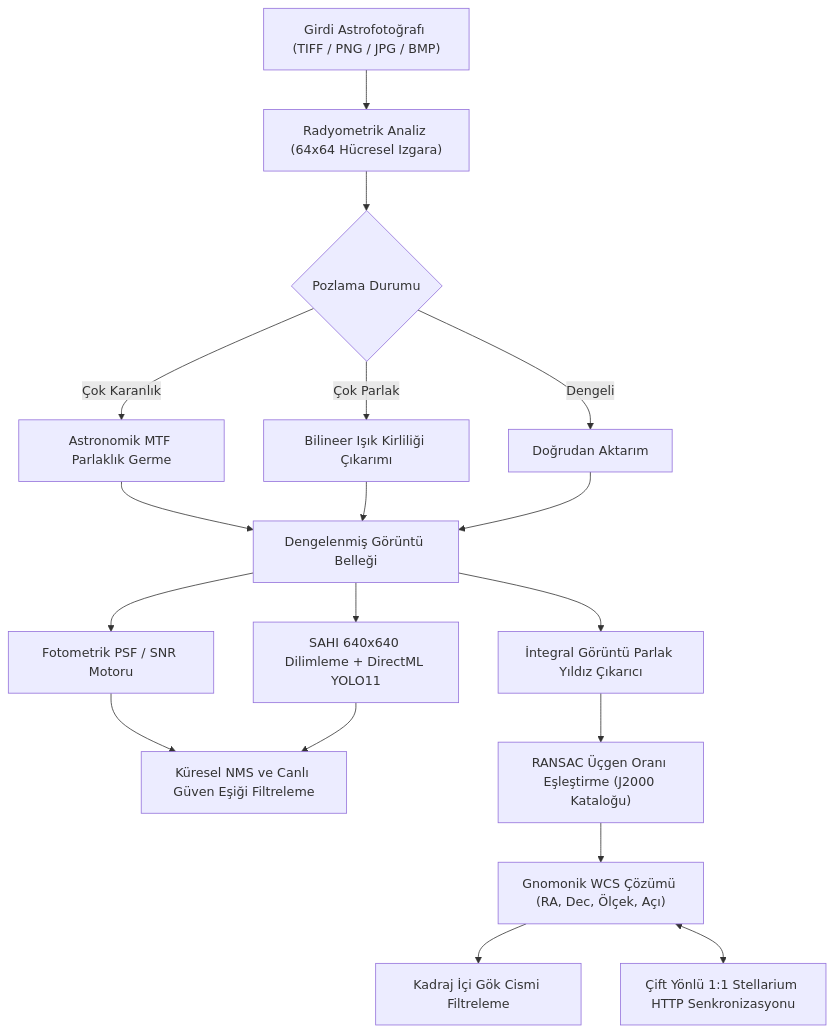
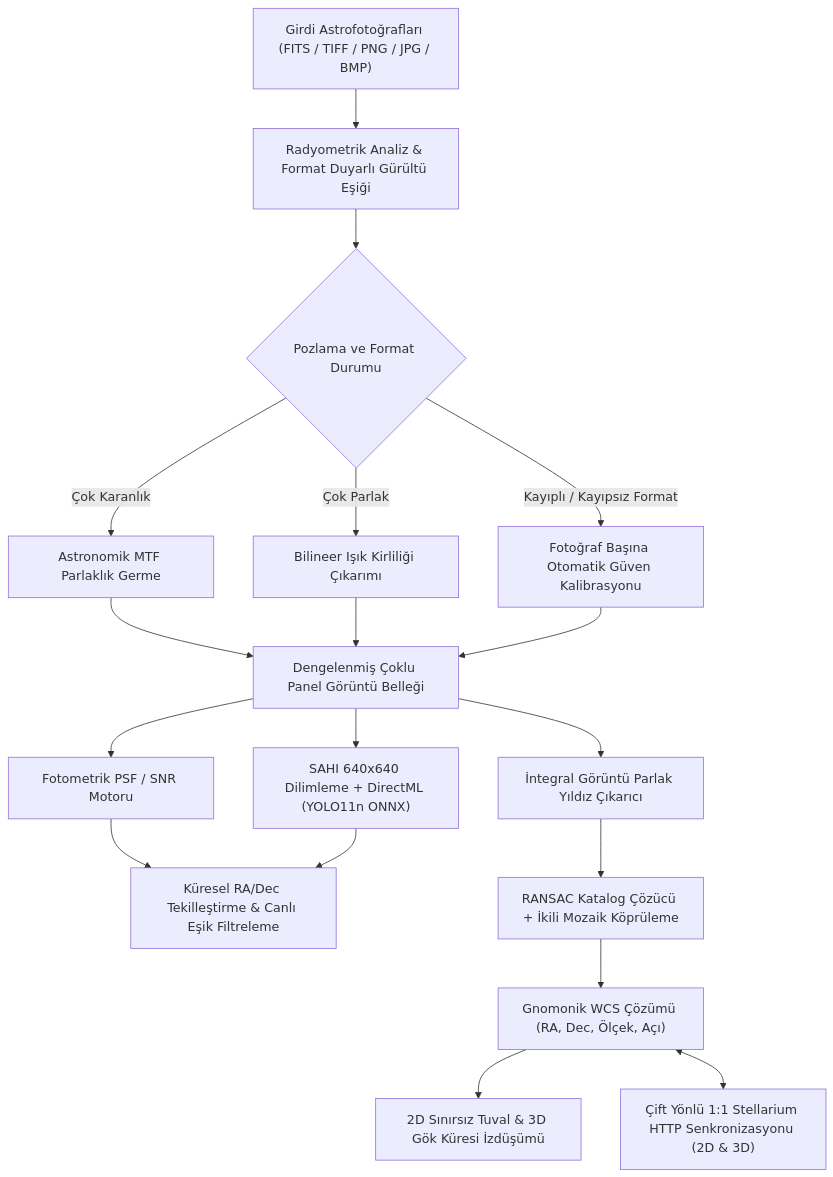
Before and after one commit to ghostkronos/AstroCounter: the diagram in README.tr.md, drawn with Mermaid. The commit also changed other lines of this file and 33 other files, not shown here.

````diff
--- a/README.tr.md
+++ b/README.tr.md
@@ -36,20 +37,20 @@
 ```mermaid
 flowchart TD
-    A["Girdi Astrofotoğrafı (TIFF / PNG / JPG / BMP)"] --> B["Radyometrik Analiz (64x64 Hücresel Izgara)"]
-    B --> C{"Pozlama Durumu"}
+    A["Girdi Astrofotoğrafları (FITS / TIFF / PNG / JPG / BMP)"] --> B["Radyometrik Analiz & Format Duyarlı Gürültü Eşiği"]
+    B --> C{"Pozlama ve Format Durumu"}
     C -->|Çok Karanlık| D["Astronomik MTF Parlaklık Germe"]
     C -->|Çok Parlak| E["Bilineer Işık Kirliliği Çıkarımı"]
-    C -->|Dengeli| F["Doğrudan Aktarım"]
-    D --> G["Dengelenmiş Görüntü Belleği"]
+    C -->|Kayıplı / Kayıpsız Format| F["Fotoğraf Başına Otomatik Güven Kalibrasyonu"]
+    D --> G["Dengelenmiş Çoklu Panel Görüntü Belleği"]
     E --> G
     F --> G
     G --> H["Fotometrik PSF / SNR Motoru"]
-    G --> I["SAHI 640x640 Dilimleme + DirectML YOLO11"]
+    G --> I["SAHI 640x640 Dilimleme + DirectML (YOLO11n ONNX)"]
     G --> J["İntegral Görüntü Parlak Yıldız Çıkarıcı"]
-    H --> K["Küresel NMS ve Canlı Güven Eşiği Filtreleme"]
+    H --> K["Küresel RA/Dec Tekilleştirme & Canlı Eşik Filtreleme"]
     I --> K
-    J --> L["RANSAC Üçgen Oranı Eşleştirme (J2000 Kataloğu)"]
+    J --> L["RANSAC Katalog Çözücü + İkili Mozaik Köprüleme"]
     L --> M["Gnomonik WCS Çözümü (RA, Dec, Ölçek, Açı)"]
-    M --> N["Kadraj İçi Gök Cismi Filtreleme"]
-    M <--> O["Çift Yönlü 1:1 Stellarium HTTP Senkronizasyonu"]
+    M --> N["2D Sınırsız Tuval & 3D Gök Küresi İzdüşümü"]
+    M <--> O["Çift Yönlü 1:1 Stellarium HTTP Senkronizasyonu (2D & 3D)"]
 ```
````
